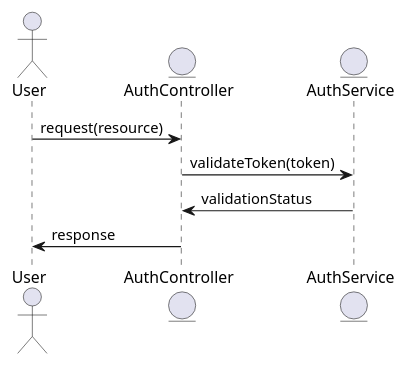
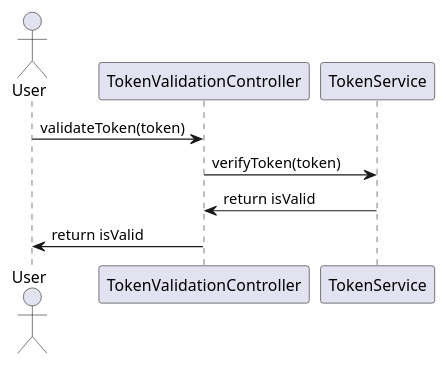
Before and after one commit to Dinesh-s95/AutoDoc.ai: the third of 4 diagrams in enrollment/documentation/detaileddesign.adoc, drawn with PlantUML. The commit also changed other lines of this file and 7 other files, not shown here.

```diff
--- a/enrollment/documentation/detaileddesign.adoc
+++ b/enrollment/documentation/detaileddesign.adoc
@@ -210,13 +219,13 @@
-[plantuml, jwt-validation-flow, png]
+[plantuml, jwt-validation-sequence, png]
 ----
 @startuml
 actor User
-entity AuthController
-entity AuthService
+participant "TokenValidationController" as TokenController
+participant "TokenService" as TokenService
 
-User -> AuthController : request(resource)
-AuthController -> AuthService : validateToken(token)
-AuthService -> AuthController : validationStatus
-AuthController -> User : response
+User -> TokenController : validateToken(token)
+TokenController -> TokenService : verifyToken(token)
+TokenService -> TokenController : return isValid
+TokenController -> User : return isValid
 @enduml
 ----
```
